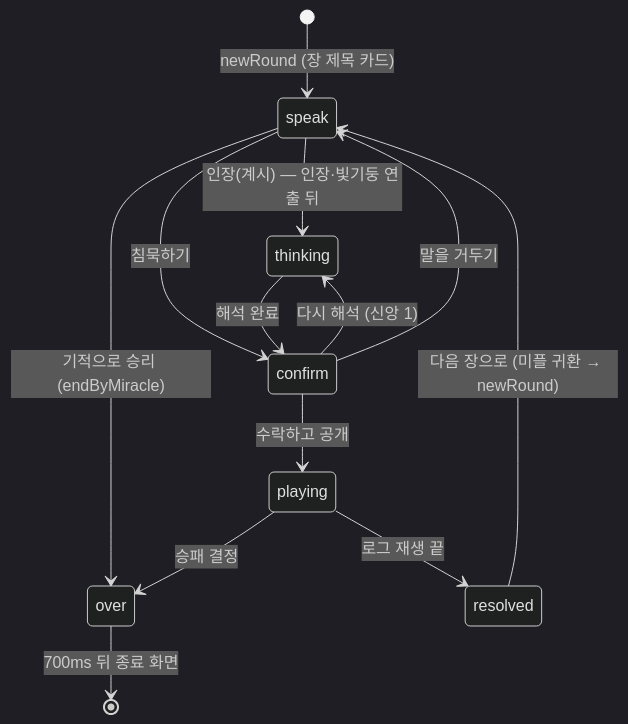
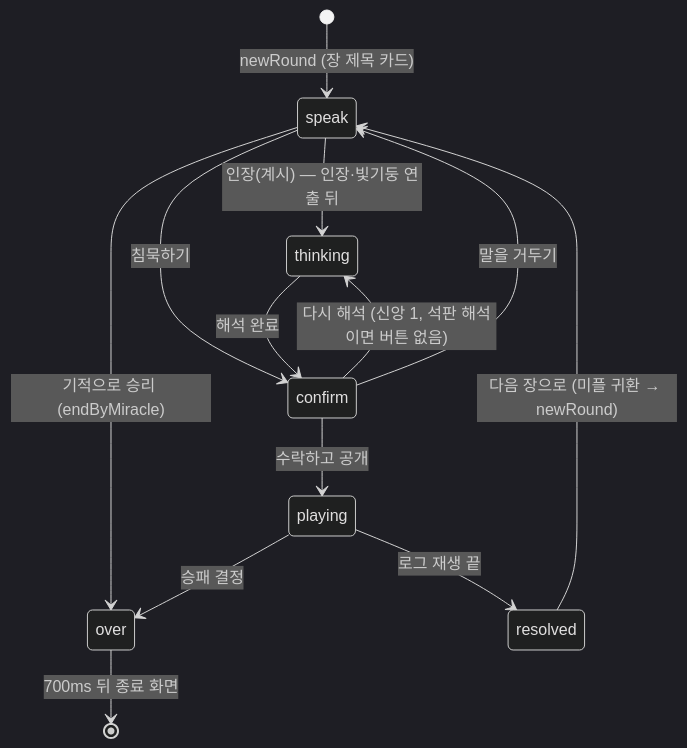
Before and after one commit to wisebear-KOR/GSG_Project: the first of 2 diagrams in docs/spec/06-ui-ux.md, drawn with Mermaid (dark theme). The commit also changed other lines of this file and 12 other files, not shown here.

````diff
--- a/docs/spec/06-ui-ux.md
+++ b/docs/spec/06-ui-ux.md
@@ -266,15 +267,15 @@
 ```mermaid
 stateDiagram-v2
   [*] --> speak: newRound (장 제목 카드)
   speak --> thinking: 인장(계시) — 인장·빛기둥 연출 뒤
   speak --> confirm: 침묵하기
   speak --> over: 기적으로 승리 (endByMiracle)
   thinking --> confirm: 해석 완료
-  confirm --> thinking: 다시 해석 (신앙 1)
+  confirm --> thinking: 다시 해석 (신앙 1, 석판 해석이면 버튼 없음)
   confirm --> speak: 말을 거두기
   confirm --> playing: 수락하고 공개
   playing --> resolved: 로그 재생 끝
   playing --> over: 승패 결정
   resolved --> speak: 다음 장으로 (미플 귀환 → newRound)
   over --> [*]: 700ms 뒤 종료 화면
 ```
````
